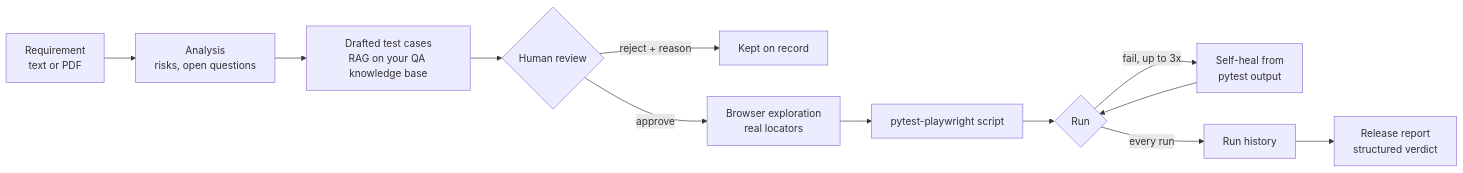
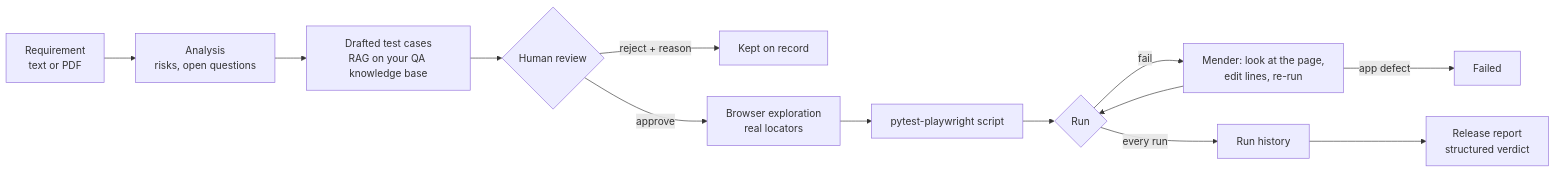
Before and after one commit to Adnaan1806/AI-QA-Copilot: the diagram in README.md, drawn with Mermaid. The commit also changed other lines of this file and 9 other files, not shown here.

````diff
--- a/README.md
+++ b/README.md
@@ -146,13 +147,14 @@
 ```mermaid
 flowchart LR
     A["Requirement<br/>text or PDF"] --> B["Analysis<br/>risks, open questions"]
     B --> C["Drafted test cases<br/>RAG on your QA knowledge base"]
     C --> D{"Human review"}
     D -->|reject + reason| R["Kept on record"]
     D -->|approve| E["Browser exploration<br/>real locators"]
     E --> F["pytest-playwright script"]
     F --> G{"Run"}
-    G -->|fail, up to 3x| H["Self-heal from<br/>pytest output"] --> G
+    G -->|fail| H["Mender: look at the page,<br/>edit lines, re-run"] --> G
+    H -->|app defect| K["Failed"]
     G -->|every run| I["Run history"]
     I --> J["Release report<br/>structured verdict"]
 ```
````
